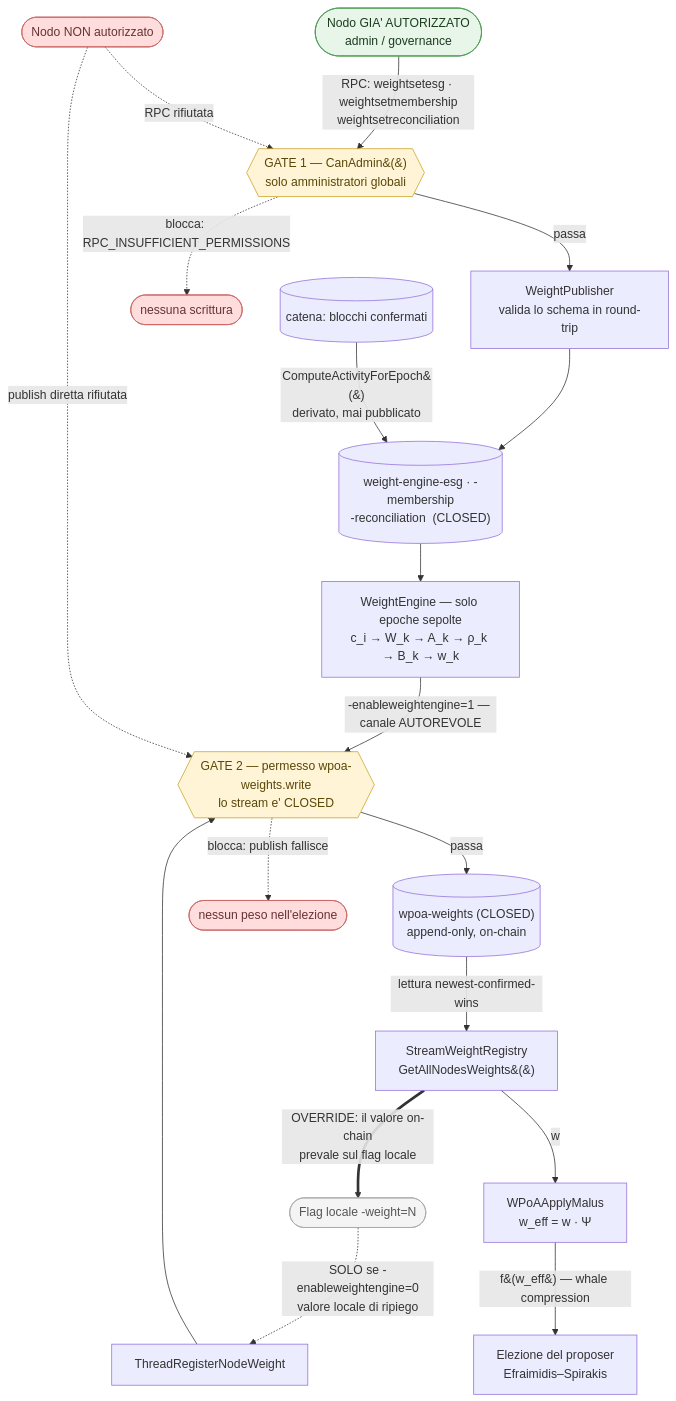
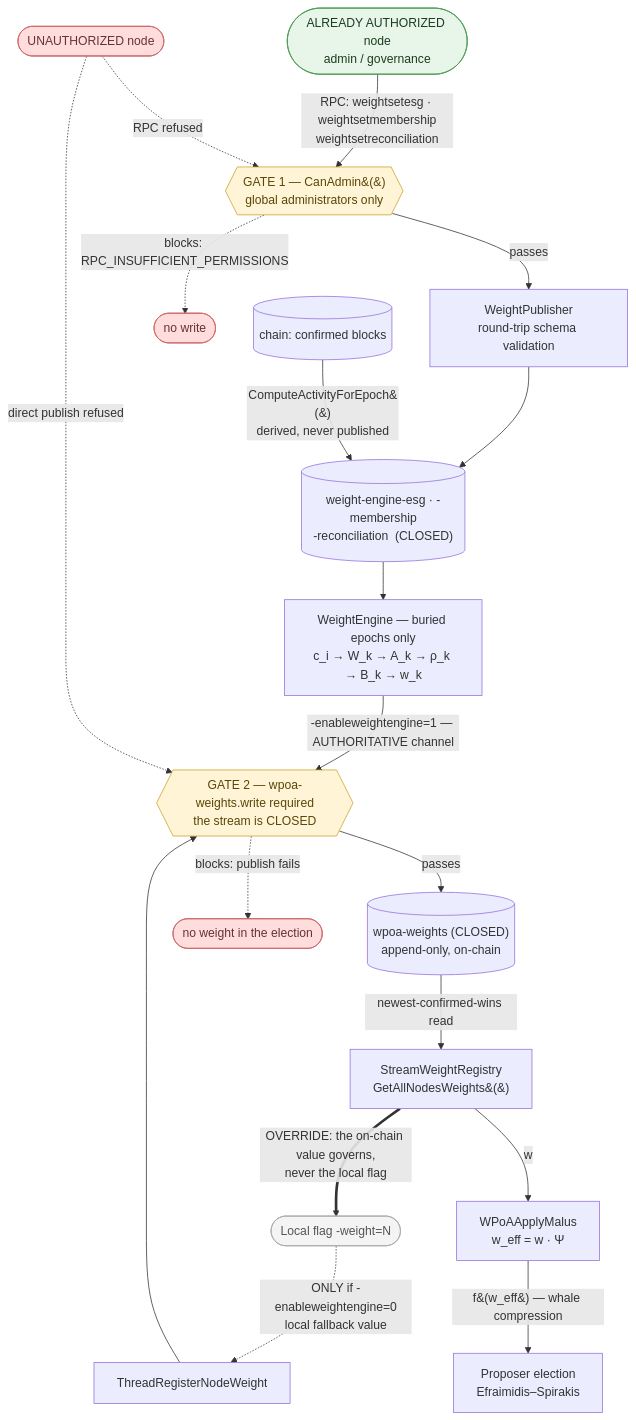
Before and after one commit to FeMattu/multichain: the diagram in src/wpoa/docs/implementation-status.md, drawn with Mermaid. The commit also changed other lines of this file and 32 other files, not shown here.

````diff
--- a/src/wpoa/docs/implementation-status.md
+++ b/src/wpoa/docs/implementation-status.md
@@ -77,39 +75,39 @@
 ```mermaid
 flowchart TD
-    ADM([Nodo GIA' AUTORIZZATO<br/>admin / governance]):::ok
-    UNAUTH([Nodo NON autorizzato]):::bad
+    ADM([ALREADY AUTHORIZED node<br/>admin / governance]):::ok
+    UNAUTH([UNAUTHORIZED node]):::bad
 
     ADM -->|"RPC: weightsetesg · weightsetmembership<br/>weightsetreconciliation"| GATE_ADM
-    UNAUTH -.->|"RPC rifiutata"| GATE_ADM
+    UNAUTH -.->|"RPC refused"| GATE_ADM
 
-    GATE_ADM{{"GATE 1 — CanAdmin&#40;&#41;<br/>solo amministratori globali"}}:::gate
-    GATE_ADM -->|passa| PUB["WeightPublisher<br/>valida lo schema in round-trip"]
-    GATE_ADM -.->|"blocca: RPC_INSUFFICIENT_PERMISSIONS"| DENY1([nessuna scrittura]):::bad
+    GATE_ADM{{"GATE 1 — CanAdmin&#40;&#41;<br/>global administrators only"}}:::gate
+    GATE_ADM -->|passes| PUB["WeightPublisher<br/>round-trip schema validation"]
+    GATE_ADM -.->|"blocks: RPC_INSUFFICIENT_PERMISSIONS"| DENY1([no write]):::bad
 
     PUB --> INS[("weight-engine-esg · -membership<br/>-reconciliation  (CLOSED)")]
-    CHAIN[("catena: blocchi confermati")] -->|"ComputeActivityForEpoch&#40;&#41;<br/>derivato, mai pubblicato"| INS
+    CHAIN[("chain: confirmed blocks")] -->|"ComputeActivityForEpoch&#40;&#41;<br/>derived, never published"| INS
 
-    INS --> ENG["WeightEngine — solo epoche sepolte<br/>c_i → W_k → A_k → ρ_k → B_k → w_k"]
+    INS --> ENG["WeightEngine — buried epochs only<br/>c_i → W_k → A_k → ρ_k → B_k → w_k"]
 
-    CLI([Flag locale -weight=N]):::weak
-    CLI -.->|"SOLO se -enableweightengine=0<br/>valore locale di ripiego"| STAT["ThreadRegisterNodeWeight"]
+    CLI([Local flag -weight=N]):::weak
+    CLI -.->|"ONLY if -enableweightengine=0<br/>local fallback value"| STAT["ThreadRegisterNodeWeight"]
 
-    ENG -->|"-enableweightengine=1 — canale AUTOREVOLE"| GATE_W
+    ENG -->|"-enableweightengine=1 — AUTHORITATIVE channel"| GATE_W
     STAT --> GATE_W
 
-    GATE_W{{"GATE 2 — permesso wpoa-weights.write<br/>lo stream e' CLOSED"}}:::gate
-    GATE_W -->|passa| WSTREAM[("wpoa-weights (CLOSED)<br/>append-only, on-chain")]
-    GATE_W -.->|"blocca: publish fallisce"| DENY2([nessun peso nell'elezione]):::bad
-    UNAUTH -.->|"publish diretta rifiutata"| GATE_W
+    GATE_W{{"GATE 2 — wpoa-weights.write required<br/>the stream is CLOSED"}}:::gate
+    GATE_W -->|passes| WSTREAM[("wpoa-weights (CLOSED)<br/>append-only, on-chain")]
+    GATE_W -.->|"blocks: publish fails"| DENY2([no weight in the election]):::bad
+    UNAUTH -.->|"direct publish refused"| GATE_W
 
-    WSTREAM -->|"lettura newest-confirmed-wins"| REG["StreamWeightRegistry<br/>GetAllNodesWeights&#40;&#41;"]
-    REG ==>|"OVERRIDE: il valore on-chain<br/>prevale sul flag locale"| CLI
+    WSTREAM -->|"newest-confirmed-wins read"| REG["StreamWeightRegistry<br/>GetAllNodesWeights&#40;&#41;"]
+    REG ==>|"OVERRIDE: the on-chain value governs,<br/>never the local flag"| CLI
 
     REG -->|"w"| MAL["WPoAApplyMalus<br/>w_eff = w · Ψ"]
-    MAL -->|"f&#40;w_eff&#41; — whale compression"| ELECT["Elezione del proposer<br/>Efraimidis–Spirakis"]
+    MAL -->|"f&#40;w_eff&#41; — whale compression"| ELECT["Proposer election<br/>Efraimidis–Spirakis"]
 
     classDef ok   fill:#e8f5e9,stroke:#4c9a51,color:#1b3d1f;
     classDef bad  fill:#fdd,stroke:#c66,color:#633;
     classDef weak fill:#f4f4f4,stroke:#aaa,color:#555;
     classDef gate fill:#fff4d6,stroke:#c9a227,color:#5a4708;
 ```
````
